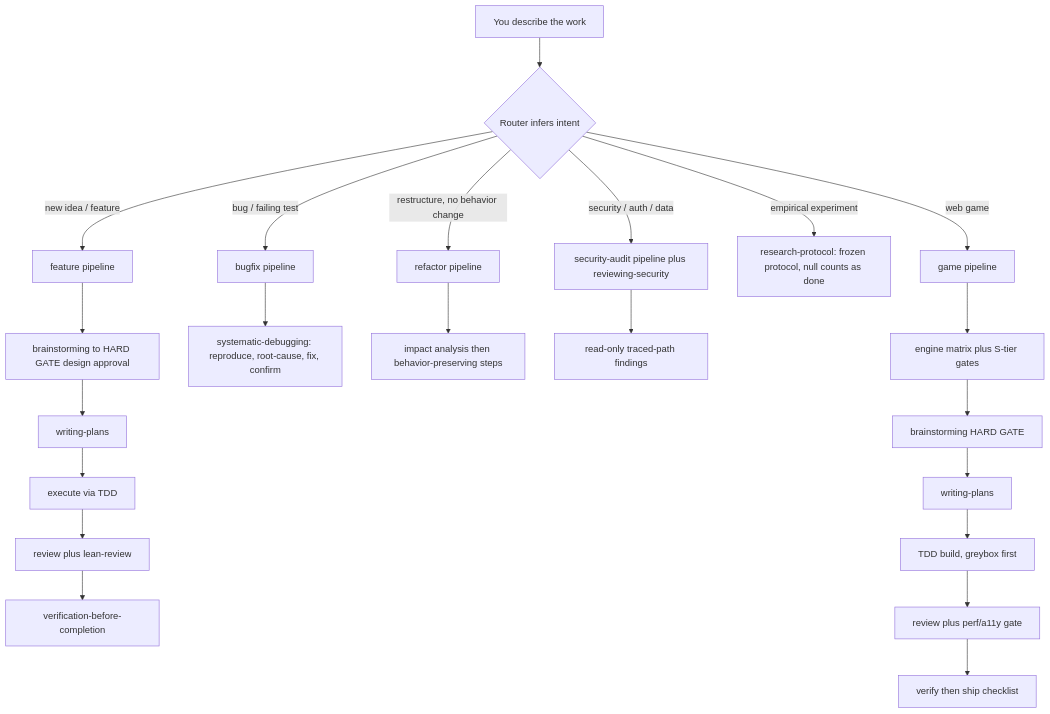
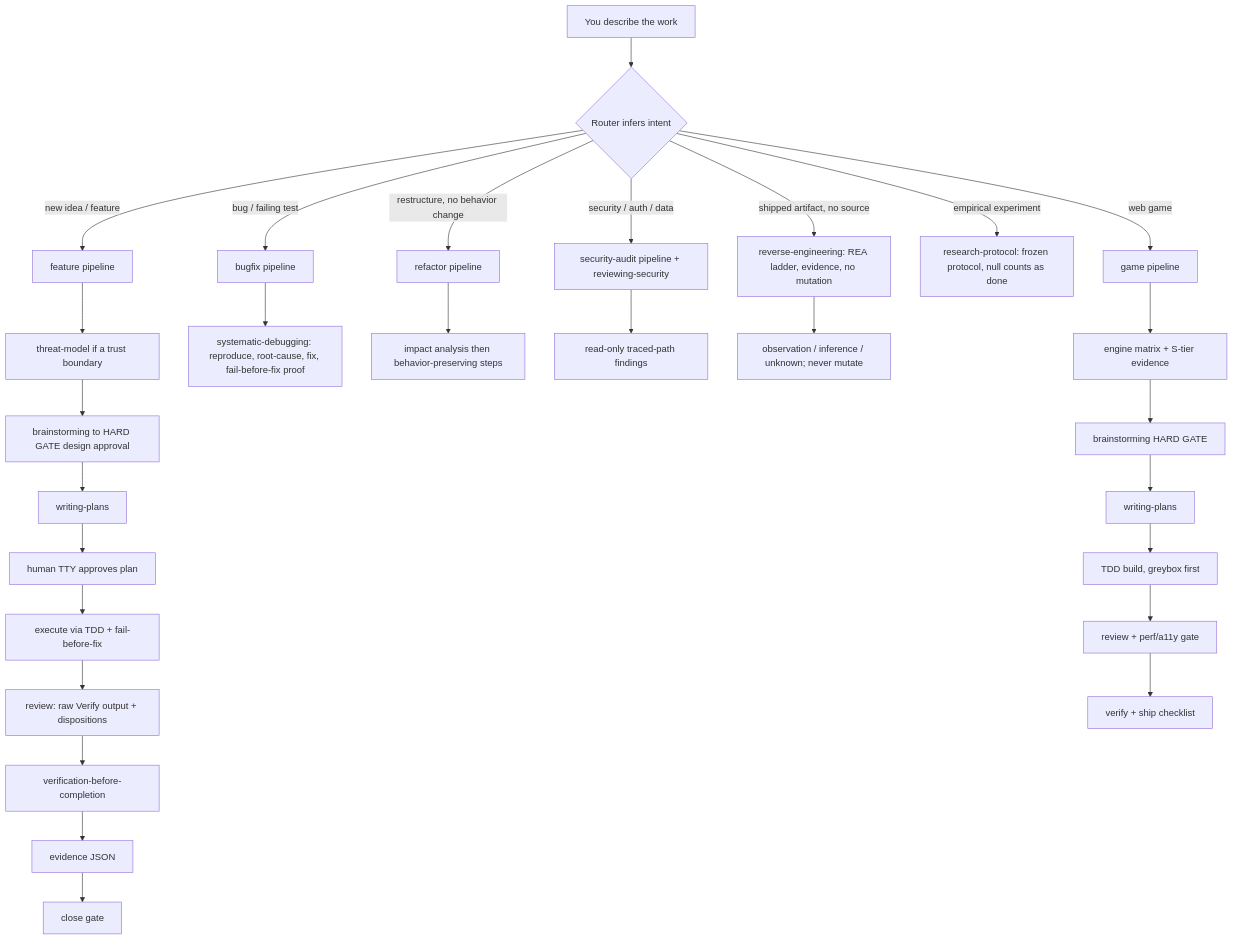
One commit to garikipatisai-code/sdlc-lean changed the diagram in README.md. Above: the diagram before and after it, drawn with Mermaid. The commit also changed other lines of this file, not shown here.

Commit message:
docs: update flow diagram for four-wave changes
Add reverse-engineering route, threat-model handoff, TTY plan approval, fail-before-fix, evidence JSON/close, and S-tier evidence; note explicit preview/release/status commands.

````diff
--- a/README.md
+++ b/README.md
@@ -10,15 +10,17 @@
 ```mermaid
 flowchart TD
     U[You describe the work] --> R{Router infers intent}
     R -->|new idea / feature| F[feature pipeline]
     R -->|bug / failing test| B[bugfix pipeline]
     R -->|restructure, no behavior change| RF[refactor pipeline]
-    R -->|security / auth / data| S[security-audit pipeline plus reviewing-security]
+    R -->|security / auth / data| S[security-audit pipeline + reviewing-security]
+    R -->|shipped artifact, no source| RE[reverse-engineering: REA ladder, evidence, no mutation]
     R -->|empirical experiment| RS[research-protocol: frozen protocol, null counts as done]
     R -->|web game| G[game pipeline]
-    F --> FB[brainstorming to HARD GATE design approval] --> FP[writing-plans] --> FI[execute via TDD] --> FR[review plus lean-review] --> FV[verification-before-completion]
-    B --> BR[systematic-debugging: reproduce, root-cause, fix, confirm]
+    F --> TH[threat-model if a trust boundary] --> FB[brainstorming to HARD GATE design approval] --> FP[writing-plans] --> HA[human TTY approves plan] --> FI[execute via TDD + fail-before-fix] --> FR[review: raw Verify output + dispositions] --> FV[verification-before-completion] --> FE[evidence JSON] --> FC[close gate]
+    B --> BR[systematic-debugging: reproduce, root-cause, fix, fail-before-fix proof]
     RF --> RI[impact analysis then behavior-preserving steps]
     S --> SR[read-only traced-path findings]
-    G --> GB[engine matrix plus S-tier gates] --> GD[brainstorming HARD GATE] --> GP[writing-plans] --> GI[TDD build, greybox first] --> GR[review plus perf/a11y gate] --> GV[verify then ship checklist]
+    RE --> RR[observation / inference / unknown; never mutate]
+    G --> GB[engine matrix + S-tier evidence] --> GD[brainstorming HARD GATE] --> GP[writing-plans] --> GI[TDD build, greybox first] --> GR[review + perf/a11y gate] --> GV[verify + ship checklist]
 ```
````
